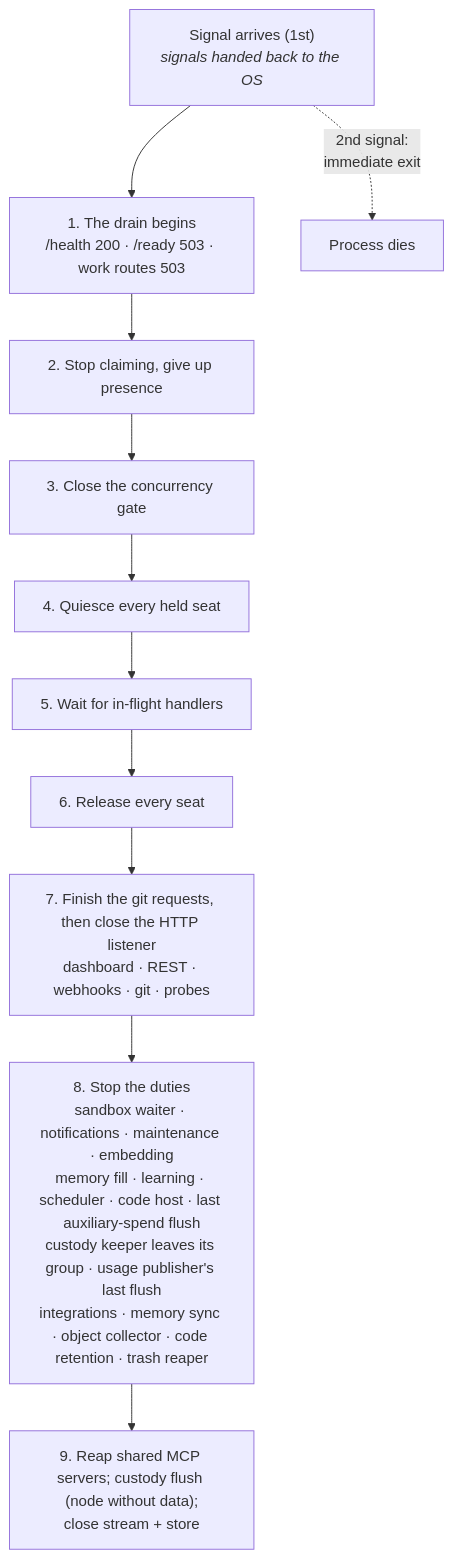
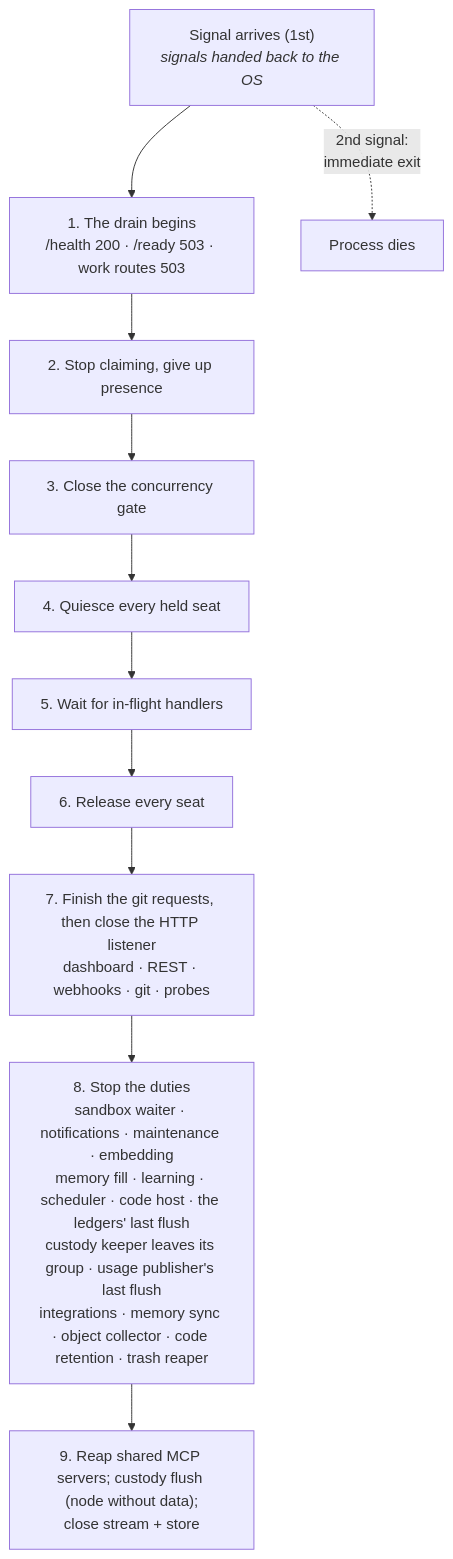
One commit to crewlet/crewlet changed the fifth of 5 diagrams in docs/concepts/agent-runtime.md. Above: the diagram before and after it, drawn with Mermaid. The commit also changed other lines of this file and 34 other files, not shown here.

````diff
--- a/docs/concepts/agent-runtime.md
+++ b/docs/concepts/agent-runtime.md
@@ -501,14 +501,14 @@
 ```mermaid
 flowchart TD
     SIG["Signal arrives (1st)<br/><i>signals handed back to the OS</i>"] --> S1
     S1["1. The drain begins<br/>/health 200 · /ready 503 · work routes 503"] --> S2
     S2["2. Stop claiming, give up presence"] --> S3
     S3["3. Close the concurrency gate"] --> S4
     S4["4. Quiesce every held seat"] --> S5
     S5["5. Wait for in-flight handlers"] --> S6
     S6["6. Release every seat"] --> S7
     S7["7. Finish the git requests, then close the HTTP listener<br/>dashboard · REST · webhooks · git · probes"] --> S8
-    S8["8. Stop the duties<br/>sandbox waiter · notifications · maintenance · embedding<br/>memory fill · learning · scheduler · code host · last auxiliary-spend flush<br/>custody keeper leaves its group · usage publisher's last flush<br/>integrations · memory sync · object collector · code retention · trash reaper"] --> S9
+    S8["8. Stop the duties<br/>sandbox waiter · notifications · maintenance · embedding<br/>memory fill · learning · scheduler · code host · the ledgers' last flush<br/>custody keeper leaves its group · usage publisher's last flush<br/>integrations · memory sync · object collector · code retention · trash reaper"] --> S9
     S9["9. Reap shared MCP servers; custody flush (node without data);<br/>close stream + store"]
     SIG -.->|"2nd signal:<br/>immediate exit"| X["Process dies"]
 ```
````
